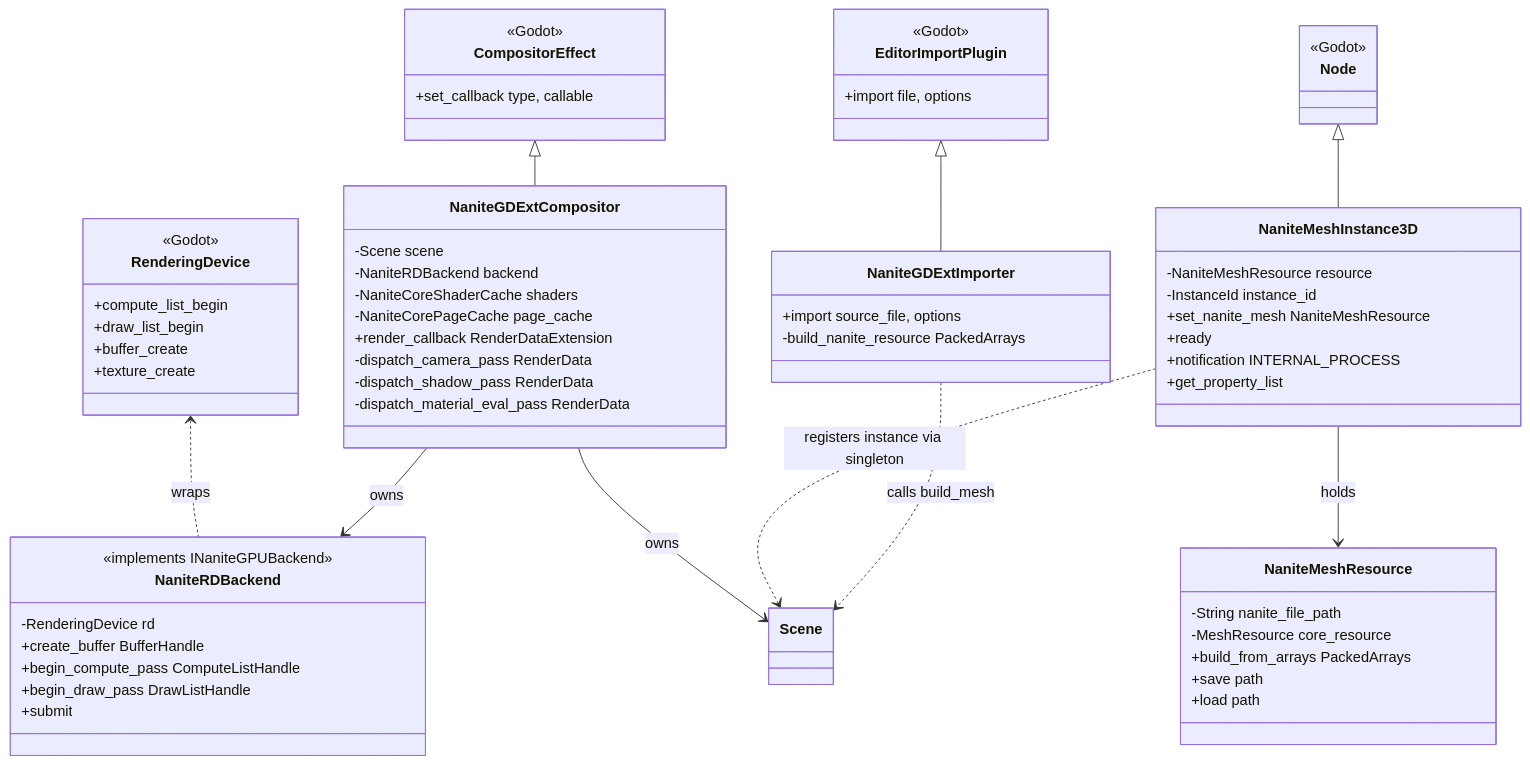
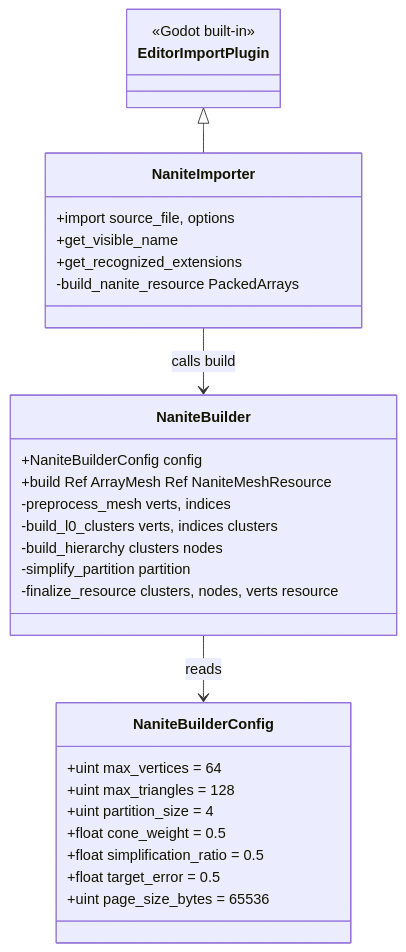
Diagram 25 of 30 in sourcecode_analysis/nanite-godot-design.md (alonecat06/godot), drawn with Mermaid before and after one commit. The commit also changed other lines of this file, not shown here.

First line of the commit message:
docs: redesign section 9 - Godot-dependent core + thin bridges

````diff
--- a/sourcecode_analysis/nanite-godot-design.md
+++ b/sourcecode_analysis/nanite-godot-design.md
@@ -2695,68 +2642,33 @@
 ```mermaid
 classDiagram
-    class RenderingDevice {
-        <<Godot>>
-        +compute_list_begin
-        +draw_list_begin
-        +buffer_create
-        +texture_create
+    class EditorImportPlugin {
+        <<Godot built-in>>
     }
-    class CompositorEffect {
-        <<Godot>>
-        +set_callback type, callable
-    }
-    class EditorImportPlugin {
-        <<Godot>>
-        +import file, options
-    }
-    class Node {
-        <<Godot>>
-    }
-    class NaniteRDBackend {
-        <<implements INaniteGPUBackend>>
-        -RenderingDevice rd
-        +create_buffer BufferHandle
-        +begin_compute_pass ComputeListHandle
-        +begin_draw_pass DrawListHandle
-        +submit
-    }
-    class NaniteGDExtCompositor {
-        -Scene scene
-        -NaniteRDBackend backend
-        -NaniteCoreShaderCache shaders
-        -NaniteCorePageCache page_cache
-        +render_callback RenderDataExtension
-        -dispatch_camera_pass RenderData
-        -dispatch_shadow_pass RenderData
-        -dispatch_material_eval_pass RenderData
-    }
-    class NaniteGDExtImporter {
+    class NaniteImporter {
         +import source_file, options
+        +get_visible_name
+        +get_recognized_extensions
         -build_nanite_resource PackedArrays
     }
-    class NaniteMeshInstance3D {
-        -NaniteMeshResource resource
-        -InstanceId instance_id
-        +set_nanite_mesh NaniteMeshResource
-        +ready
-        +notification INTERNAL_PROCESS
-        +get_property_list
+    class NaniteBuilder {
+        +NaniteBuilderConfig config
+        +build Ref ArrayMesh Ref NaniteMeshResource
+        -preprocess_mesh verts, indices
+        -build_l0_clusters verts, indices clusters
+        -build_hierarchy clusters nodes
+        -simplify_partition partition
+        -finalize_resource clusters, nodes, verts resource
     }
-    class NaniteMeshResource {
-        -String nanite_file_path
-        -MeshResource core_resource
-        +build_from_arrays PackedArrays
-        +save path
-        +load path
+    class NaniteBuilderConfig {
+        +uint max_vertices = 64
+        +uint max_triangles = 128
+        +uint partition_size = 4
+        +float cone_weight = 0.5
+        +float simplification_ratio = 0.5
+        +float target_error = 0.5
+        +uint page_size_bytes = 65536
     }
-
-    RenderingDevice <.. NaniteRDBackend : wraps
-    CompositorEffect <|-- NaniteGDExtCompositor
-    EditorImportPlugin <|-- NaniteGDExtImporter
-    Node <|-- NaniteMeshInstance3D
-    NaniteMeshInstance3D --> NaniteMeshResource : holds
-    NaniteGDExtCompositor --> NaniteRDBackend : owns
-    NaniteGDExtCompositor --> Scene : owns
-    NaniteMeshInstance3D ..> Scene : registers instance via singleton
-    NaniteGDExtImporter ..> Scene : calls build_mesh
+    EditorImportPlugin <|-- NaniteImporter
+    NaniteImporter --> NaniteBuilder : calls build
+    NaniteBuilder --> NaniteBuilderConfig : reads
 ```
````
